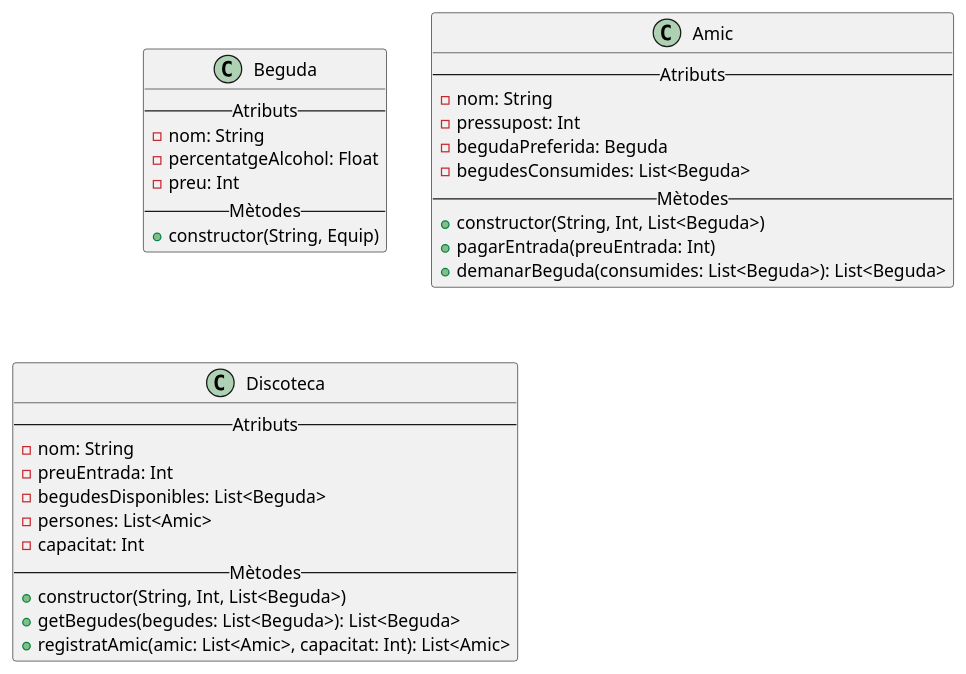
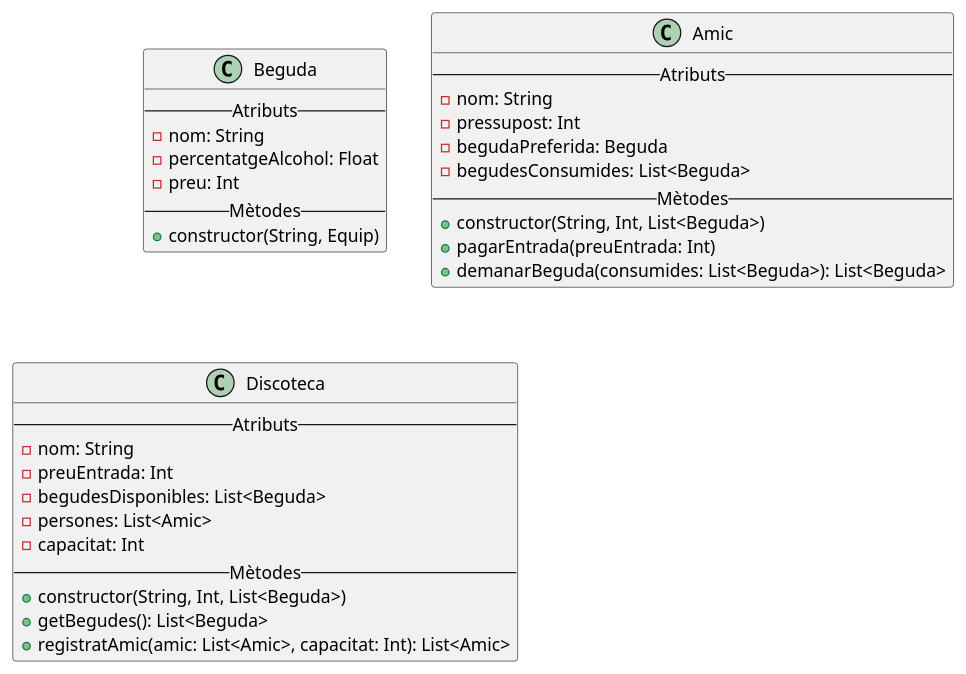
The diagram in src/main/kotlin/uml/Exercici6-Festa.puml (Dani-Alarcon/M5-A08-Disseny-de-diagrames-Classes-Dani-Alarcon), drawn with PlantUML before and after one commit. The commit also changed 3 other files, not shown here.

```diff
--- a/src/main/kotlin/uml/Exercici6-Festa.puml
+++ b/src/main/kotlin/uml/Exercici6-Festa.puml
@@ -1,38 +1,38 @@
 @startuml
 'https://plantuml.com/class-diagram
 
 class Beguda{
     -- Atributs --
     - nom: String
     - percentatgeAlcohol: Float
     - preu: Int
     -- Mètodes --
     + constructor(String, Equip)
 }
 
 class Amic {
     -- Atributs --
     - nom: String
     - pressupost: Int
     - begudaPreferida: Beguda
     - begudesConsumides: List<Beguda>
     -- Mètodes --
     + constructor(String, Int, List<Beguda>)
     + pagarEntrada(preuEntrada: Int)
     + demanarBeguda(consumides: List<Beguda>): List<Beguda>
 }
 
 class Discoteca {
     -- Atributs --
     - nom: String
     - preuEntrada: Int
     - begudesDisponibles: List<Beguda>
     - persones: List<Amic>
     - capacitat: Int
     -- Mètodes --
     + constructor(String, Int, List<Beguda>)
-    + getBegudes(begudes: List<Beguda>): List<Beguda>
+    + getBegudes(): List<Beguda>
     + registratAmic(amic: List<Amic>, capacitat: Int): List<Amic>
 }
 
 @enduml
```
